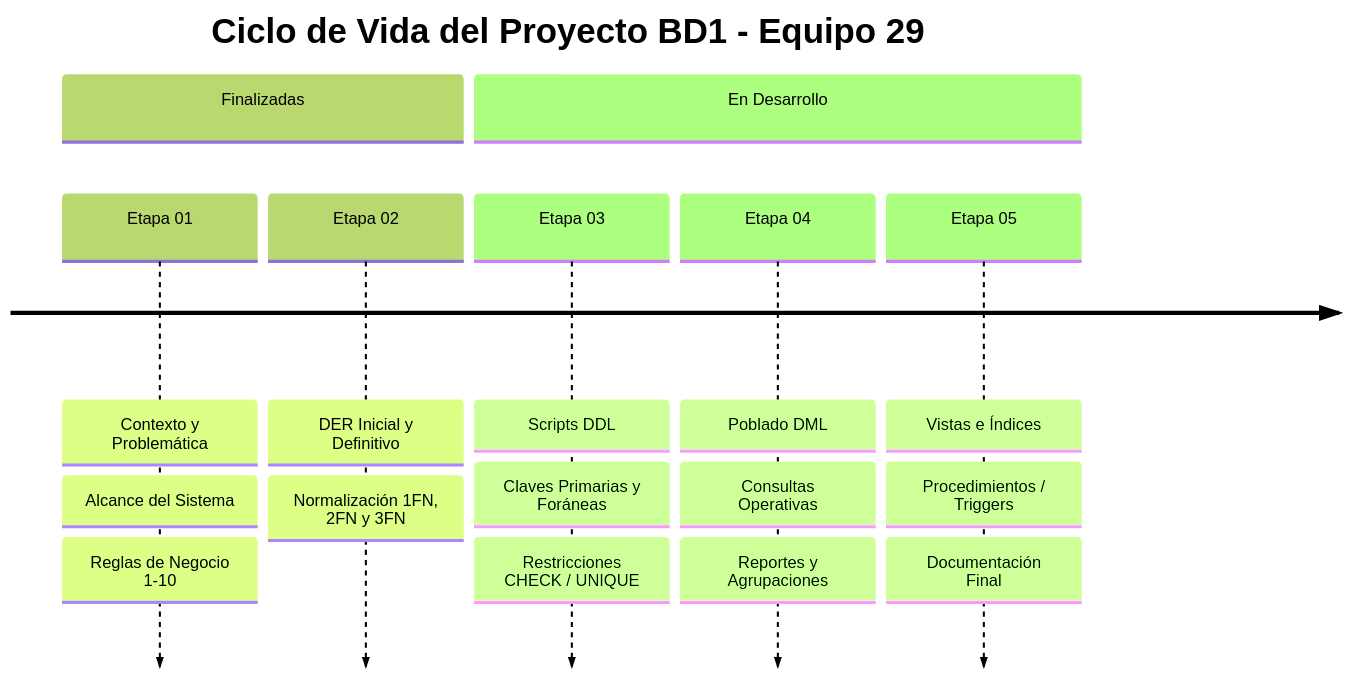
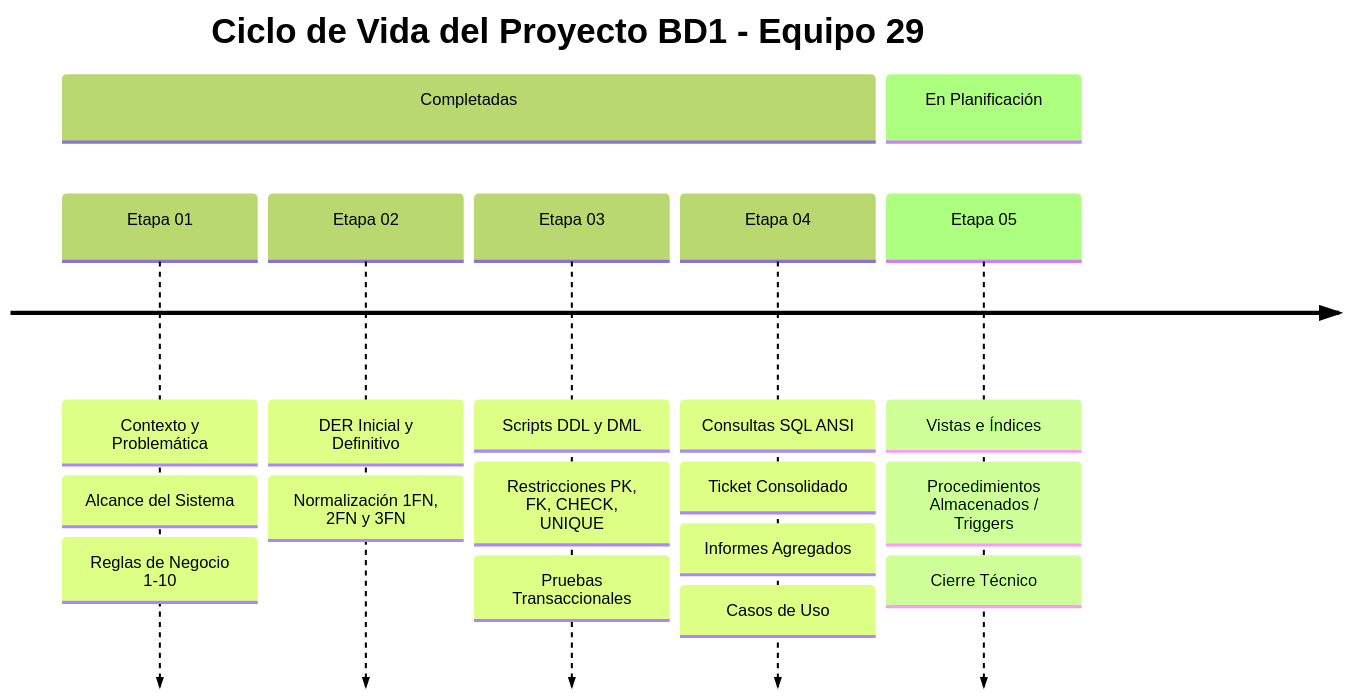
The first of 3 diagrams in README.md (sofinazaret6-gif/proyecto-bd1-equipo-29), drawn with Mermaid (forest theme) before and after one commit. The commit also changed other lines of this file, not shown here.

Commit message:
docs: actualizar README sincronizado con las etapas 03 y 04 (DDL, DML, consultas y casos de uso)

````diff
--- a/README.md
+++ b/README.md
@@ -126,11 +148,11 @@
 ```mermaid
 timeline
     title Ciclo de Vida del Proyecto BD1 - Equipo 29
-    section Finalizadas
+    section Completadas
         Etapa 01 : Contexto y Problemática : Alcance del Sistema : Reglas de Negocio 1-10
         Etapa 02 : DER Inicial y Definitivo : Normalización 1FN, 2FN y 3FN
-    section En Desarrollo
-        Etapa 03 : Scripts DDL : Claves Primarias y Foráneas : Restricciones CHECK / UNIQUE
-        Etapa 04 : Poblado DML : Consultas Operativas : Reportes y Agrupaciones
-        Etapa 05 : Vistas e Índices : Procedimientos / Triggers : Documentación Final
+        Etapa 03 : Scripts DDL y DML : Restricciones PK, FK, CHECK, UNIQUE : Pruebas Transaccionales
+        Etapa 04 : Consultas SQL ANSI : Ticket Consolidado : Informes Agregados : Casos de Uso
+    section En Planificación
+        Etapa 05 : Vistas e Índices : Procedimientos Almacenados / Triggers : Cierre Técnico
 ```
````
